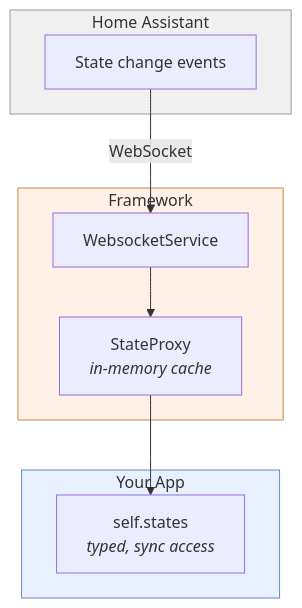
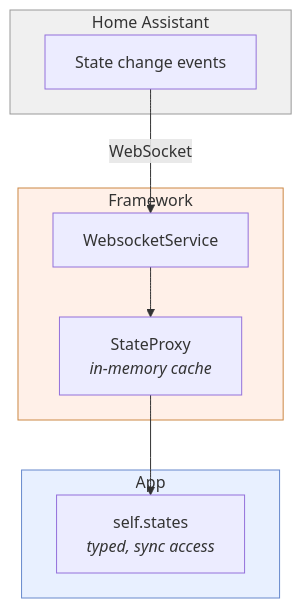
The diagram in docs/pages/core-concepts/states/index.md (NodeJSmith/hassette), drawn with Mermaid before and after one commit. The commit also changed other lines of this file and 430 other files, not shown here.

````diff
--- a/docs/pages/core-concepts/states/index.md
+++ b/docs/pages/core-concepts/states/index.md
@@ -8,23 +7,23 @@
 ```mermaid
 flowchart TD
     subgraph ha["Home Assistant"]
         HA["State change events"]
     end
 
     subgraph framework["Framework"]
         WS["WebsocketService"]
         SP["StateProxy<br/><i>in-memory cache</i>"]
         WS --> SP
     end
 
-    subgraph app["Your App"]
+    subgraph app["App"]
         SM["self.states<br/><i>typed, sync access</i>"]
     end
 
     HA -- "WebSocket" --> WS
     SP --> SM
 
     style ha fill:#f0f0f0,stroke:#999
     style framework fill:#fff0e8,stroke:#cc8844
     style app fill:#e8f0ff,stroke:#6688cc
 ```
````
